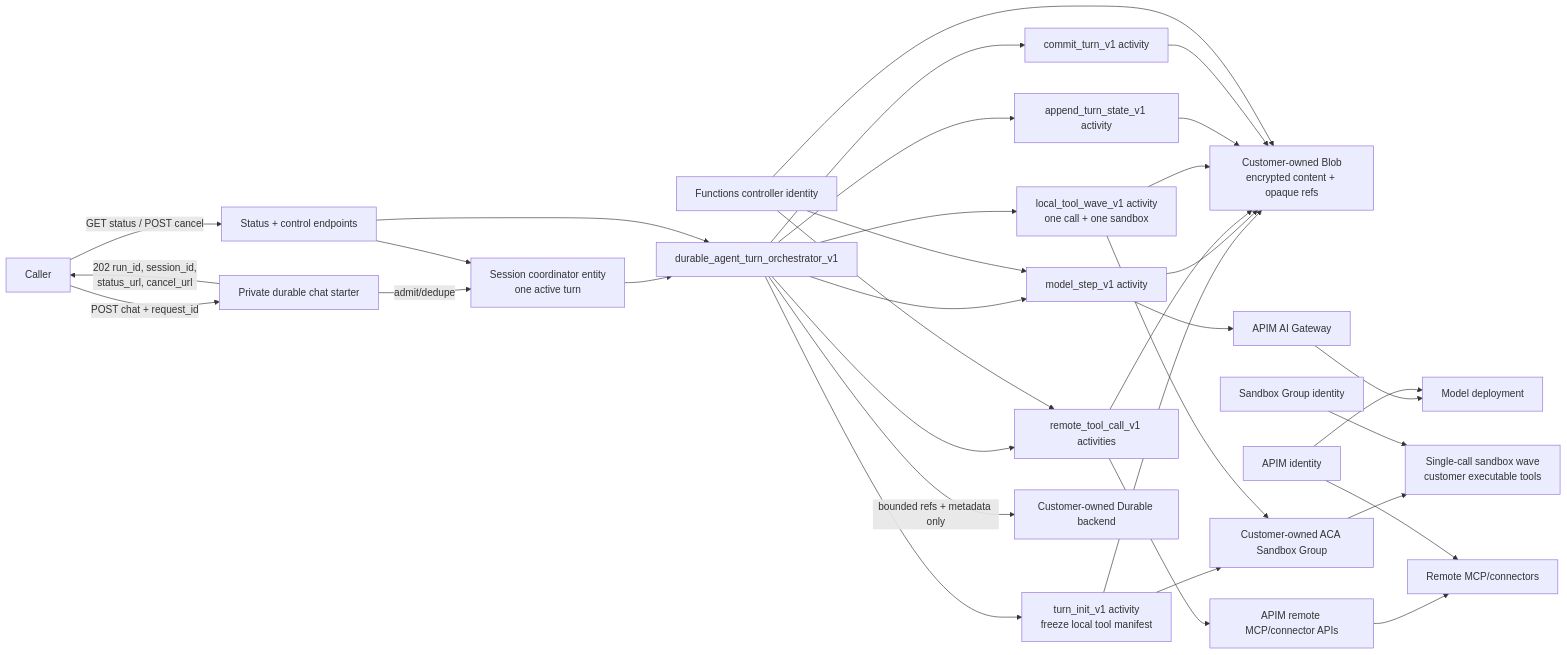
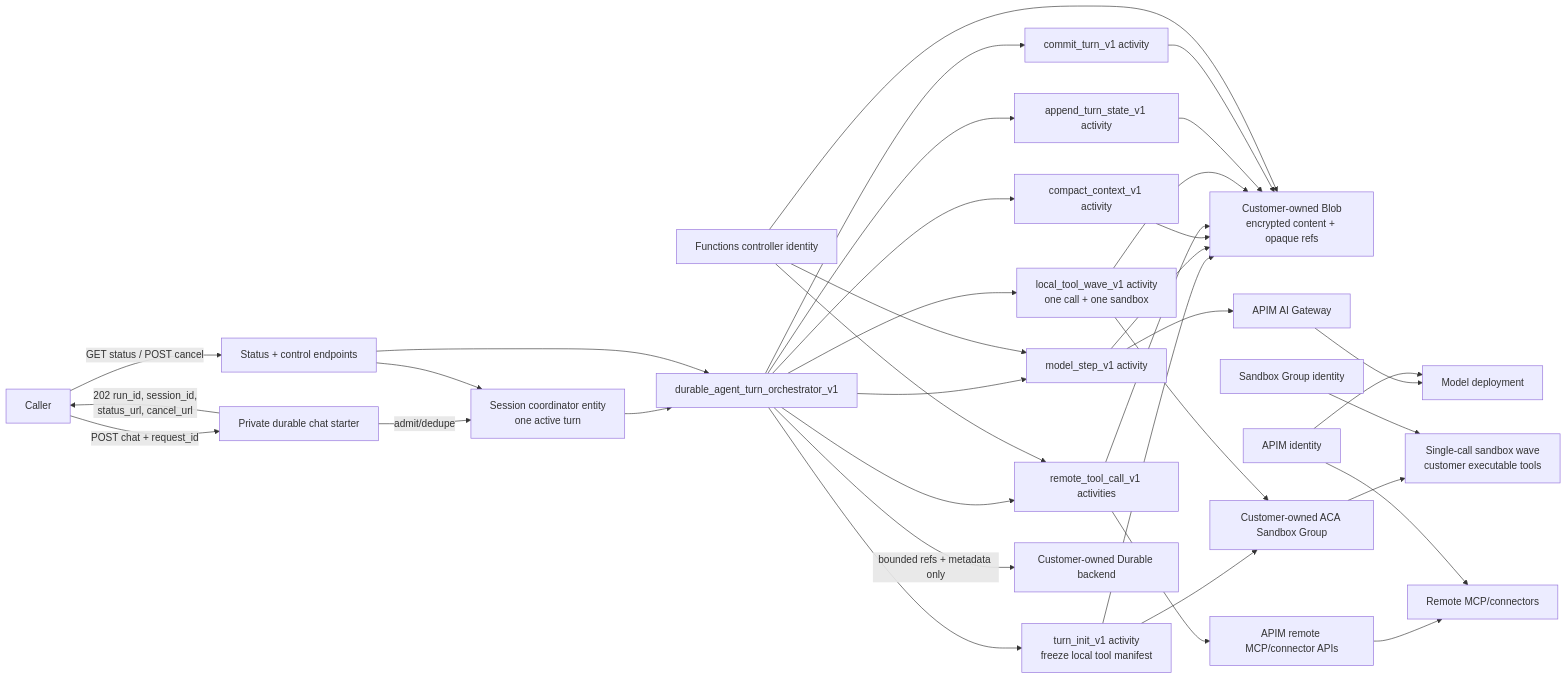
The first of 2 diagrams in docs/frds/0010-durable-agent-loop-spike.md (Azure/azure-functions-agents-runtime), drawn with Mermaid before and after one commit. The commit also changed other lines of this file, not shown here.

````diff
--- a/docs/frds/0010-durable-agent-loop-spike.md
+++ b/docs/frds/0010-durable-agent-loop-spike.md
@@ -376,41 +469,43 @@
 ```mermaid
 flowchart LR
     C["Caller"] -->|"POST chat + request_id"| S["Private durable chat starter"]
     S -->|"admit/dedupe"| E["Session coordinator entity<br/>one active turn"]
     S -->|"202 run_id, session_id,<br/>status_url, cancel_url"| C
     E --> O["durable_agent_turn_orchestrator_v1"]
     C -->|"GET status / POST cancel"| X["Status + control endpoints"]
     X --> E
     X --> O
 
     O --> I["turn_init_v1 activity<br/>freeze local tool manifest"]
     O --> M["model_step_v1 activity"]
+    O --> K["compact_context_v1 activity"]
     O --> T["remote_tool_call_v1 activities"]
     O --> W["local_tool_wave_v1 activity<br/>one call + one sandbox"]
     O --> A["append_turn_state_v1 activity"]
     O --> F["commit_turn_v1 activity"]
 
     I --> B["Customer-owned Blob<br/>service encryption + opaque refs"]
     M --> B["Customer-owned Blob<br/>encrypted content + opaque refs"]
+    K --> B
     T --> B
     W --> B
     A --> B
     F --> B
     O -->|"bounded refs + metadata only"| D["Customer-owned Durable backend"]
 
     M --> P["APIM AI Gateway"]
     P --> AOAI["Model deployment"]
     T --> Q["APIM remote MCP/connector APIs"]
     Q --> R["Remote MCP/connectors"]
 
     I --> ACA["Customer-owned ACA Sandbox Group"]
     W --> ACA
     ACA --> H["Single-call sandbox wave<br/>customer executable tools"]
 
     I1["Functions controller identity"] --> M
     I1 --> T
     I1 --> B
     I2["APIM identity"] --> AOAI
     I2 --> R
     I3["Sandbox Group identity"] --> H
 ```
````
